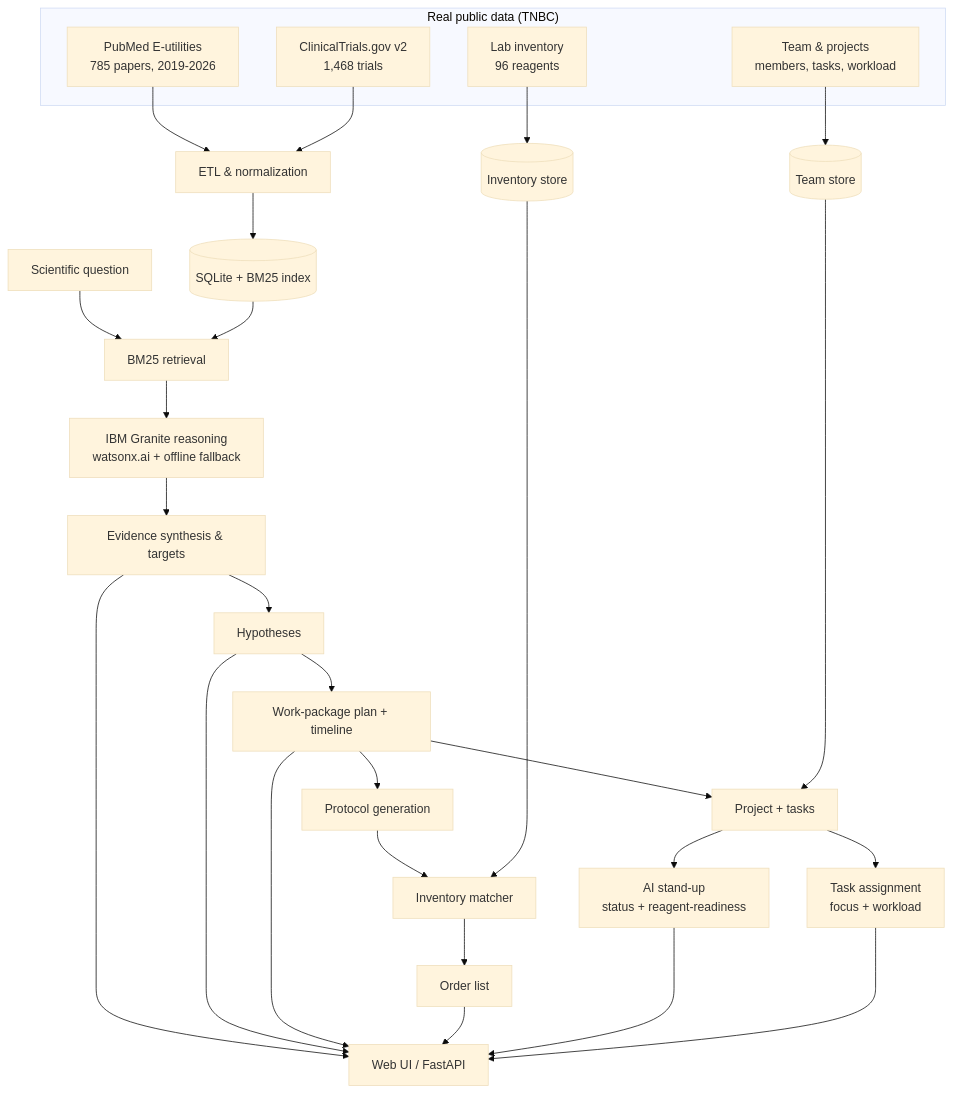
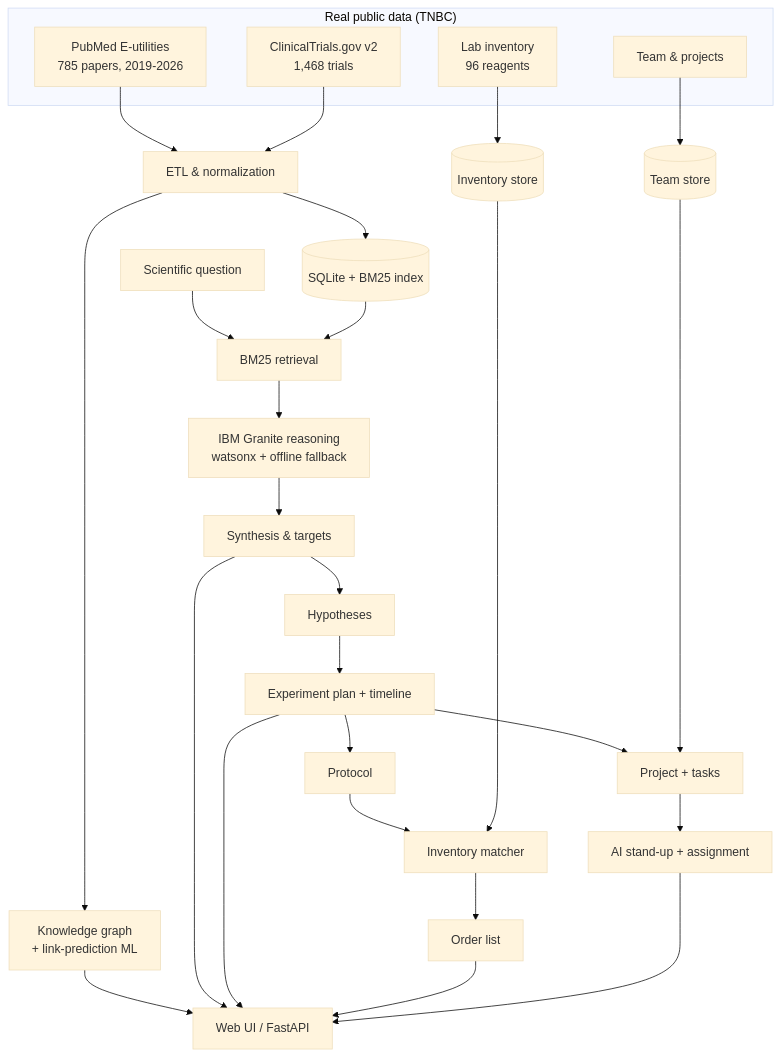
Before and after one commit to Lipskerov/benchpilot: the diagram in README.md, drawn with Mermaid (base theme). The commit also changed other lines of this file and 1 other file, not shown here.

````diff
--- a/README.md
+++ b/README.md
@@ -101,37 +93,30 @@
 ```mermaid
 flowchart TD
     subgraph Sources["Real public data (TNBC)"]
         P[PubMed E-utilities<br/>785 papers, 2019-2026]
         A[ClinicalTrials.gov v2<br/>1,468 trials]
         I[Lab inventory<br/>96 reagents]
-        T[Team & projects<br/>members, tasks, workload]
+        T[Team & projects]
     end
     P --> ETL[ETL & normalization]
     A --> ETL
     ETL --> DB[(SQLite + BM25 index)]
+    ETL --> KG[Knowledge graph<br/>+ link-prediction ML]
     I --> INV[(Inventory store)]
     T --> TEAM[(Team store)]
 
     Q[Scientific question] --> RET[BM25 retrieval]
     DB --> RET
-    RET --> GRAN[IBM Granite reasoning<br/>watsonx.ai + offline fallback]
-    GRAN --> SYN[Evidence synthesis & targets]
-    SYN --> HYP[Hypotheses]
-    HYP --> PLAN[Work-package plan + timeline]
-    PLAN --> PROT[Protocol generation]
-    PROT --> MATCH[Inventory matcher]
+    RET --> GRAN[IBM Granite reasoning<br/>watsonx + offline fallback]
+    GRAN --> SYN[Synthesis & targets]
+    SYN --> HYP[Hypotheses] --> PLAN[Experiment plan + timeline]
+    PLAN --> PROT[Protocol] --> MATCH[Inventory matcher] --> ORDER[Order list]
     INV --> MATCH
-    MATCH --> ORDER[Order list]
-
     PLAN --> PROJ[Project + tasks]
-    TEAM --> PROJ
-    PROJ --> STAND[AI stand-up<br/>status + reagent-readiness]
-    PROJ --> ASSIGN[Task assignment<br/>focus + workload]
-
-    SYN --> UI[Web UI / FastAPI]
-    HYP --> UI
+    TEAM --> PROJ --> STAND[AI stand-up + assignment]
+    KG --> UI[Web UI / FastAPI]
+    SYN --> UI
     PLAN --> UI
     ORDER --> UI
     STAND --> UI
-    ASSIGN --> UI
 ```
````
